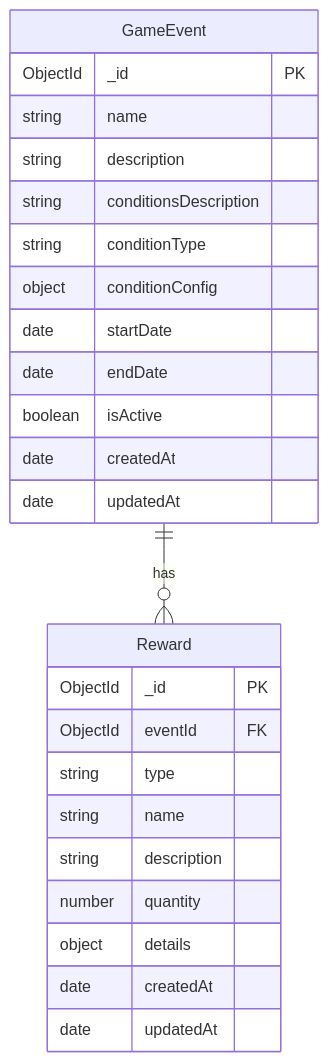
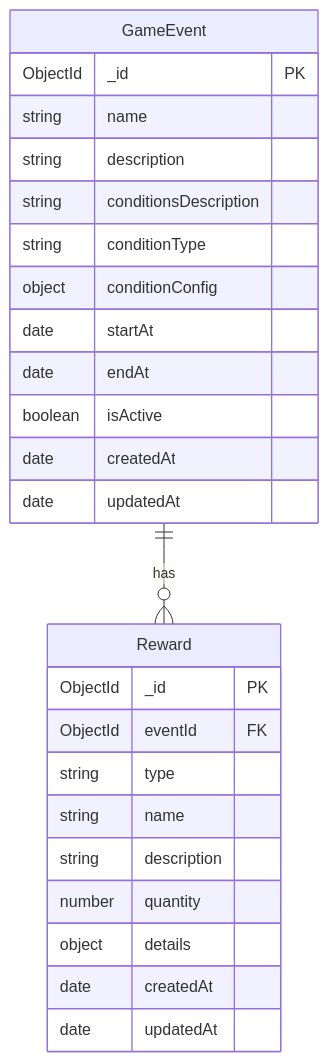
Before and after one commit to secondgrape2/msa-practice: the diagram in apps/event/README.md, drawn with Mermaid. The commit also changed other lines of this file and 30 other files, not shown here.

````diff
--- a/apps/event/README.md
+++ b/apps/event/README.md
@@ -5,30 +5,30 @@
 ```mermaid
 erDiagram
     GameEvent {
         ObjectId _id PK
         string name
         string description
         string conditionsDescription
         string conditionType
         object conditionConfig
-        date startDate
-        date endDate
+        date startAt
+        date endAt
         boolean isActive
         date createdAt
         date updatedAt
     }
 
     Reward {
         ObjectId _id PK
         ObjectId eventId FK
         string type
         string name
         string description
         number quantity
         object details
         date createdAt
         date updatedAt
     }
 
     GameEvent ||--o{ Reward : "has"
 ```
````
